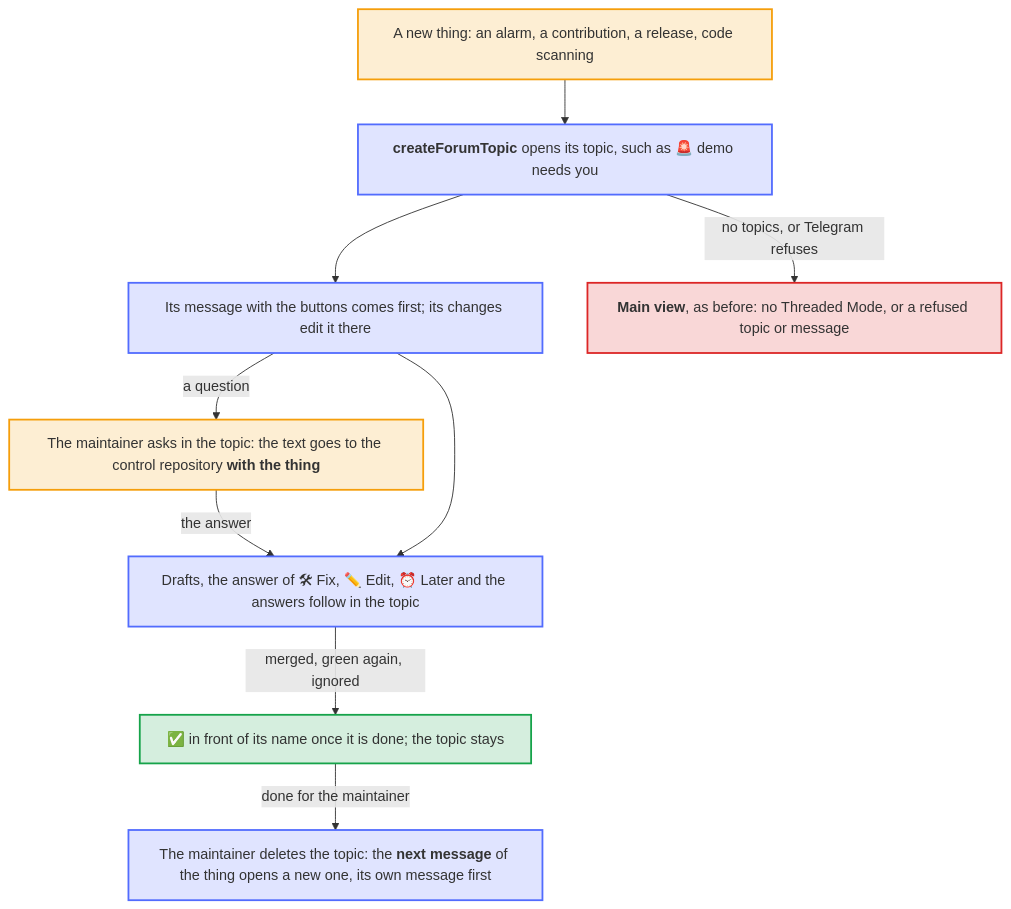
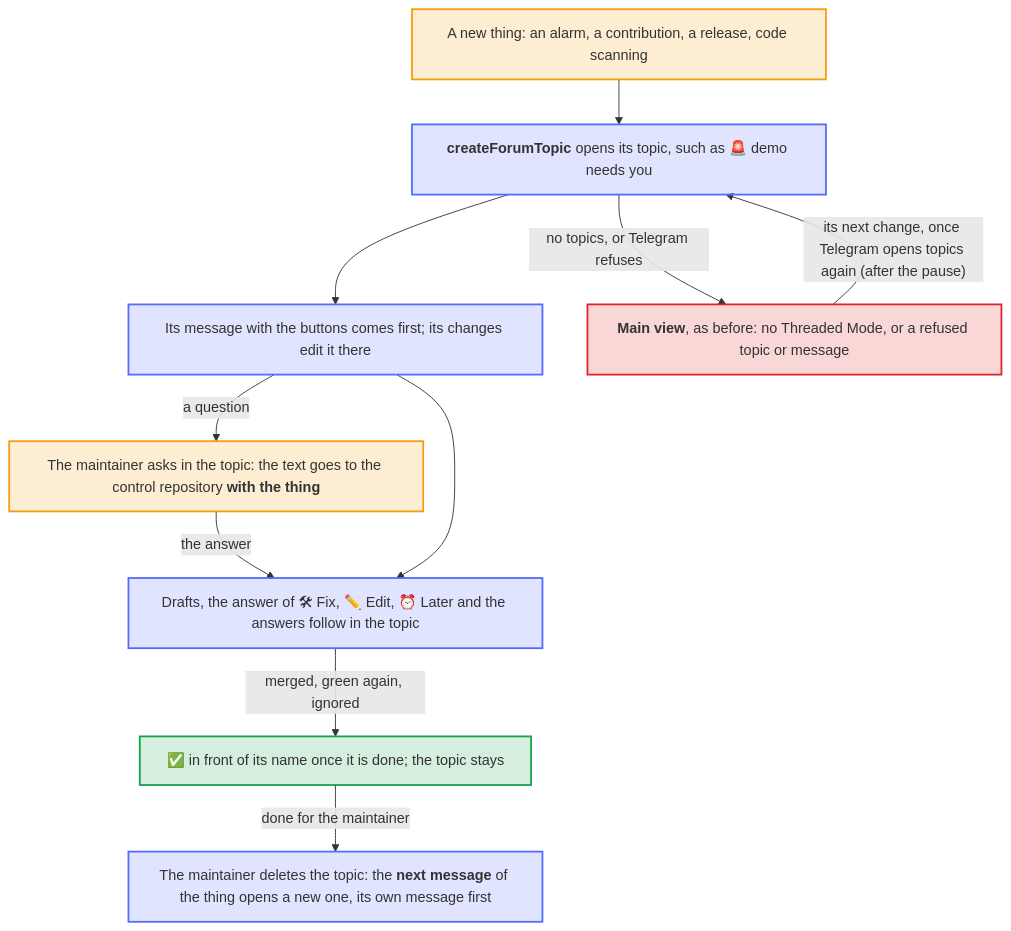
Before and after one commit to Dennis-Otto/dennis-otto-pager: the diagram in docs/diagrams/a-topic-per-thing.mmd, drawn with Mermaid. The commit also changed 19 other files, not shown here.

First line of the commit message:
fix: the message of a failing workflow lands in its own topic (#145)

```diff
--- a/docs/diagrams/a-topic-per-thing.mmd
+++ b/docs/diagrams/a-topic-per-thing.mmd
@@ -1,35 +1,36 @@
 ---
 config:
   flowchart:
     wrappingWidth: 400
 ---
 flowchart TB
     accTitle: A topic per thing
-    accDescr: A new thing, such as an alarm, a contribution or a release, opens a topic of its own in the chat, named after its repository and what it is. Its message with the buttons comes first, and its changes edit it there. Its drafts, the answer of Fix, the prompt of Edit, what Later brings back and the answers to what the maintainer asks in the topic follow in it; their question goes to the control repository together with the thing. Once the thing is done, its topic gets a check mark in front of its name and stays. When the maintainer deletes the topic, the next message of the thing opens a new one, with the thing's own message first. Without Threaded Mode, or when Telegram refuses the topic or a message in it, the thing goes on in the main view, as before.
+    accDescr: A new thing, such as an alarm, a contribution or a release, opens a topic of its own in the chat, named after its repository and what it is. Its message with the buttons comes first, and its changes edit it there. Its drafts, the answer of Fix, the prompt of Edit, what Later brings back and the answers to what the maintainer asks in the topic follow in it; their question goes to the control repository together with the thing. Once the thing is done, its topic gets a check mark in front of its name and stays. When the maintainer deletes the topic, the next message of the thing opens a new one, with the thing's own message first. Without Threaded Mode, or when Telegram refuses the topic or a message in it, the thing goes on in the main view, as before. A refused topic pauses new topics for an hour, doubling up to four hours, and once the pause is over, the next change of an open thing moves it quietly into its own new topic.
 
     thing["A new thing: an alarm, a contribution, a release, code scanning"]
     open["`**createForumTopic** opens its topic, such as 🚨 demo needs you`"]
     first["`Its message with the buttons comes first; its changes edit it there`"]
     ask["`The maintainer asks in the topic: the text goes to the control repository **with the thing**`"]
     more["`Drafts, the answer of 🛠 Fix, ✏️ Edit, ⏰ Later and the answers follow in the topic`"]
     done["`**✅** in front of its name once it is done; the topic stays`"]
     gone["`The maintainer deletes the topic: the **next message** of the thing opens a new one, its own message first`"]
     main["`**Main view**, as before: no Threaded Mode, or a refused topic or message`"]
 
     thing --> open
     open --> first
     first -- "a question" --> ask
     ask -- "the answer" --> more
     first --> more
     more -- "merged, green again, ignored" --> done
     done -- "done for the maintainer" --> gone
     open -- "no topics, or Telegram refuses" --> main
+    main -- "its next change, once Telegram opens topics again (after the pause)" --> open
 
     classDef you fill:#f59e0b2e,stroke:#f59e0b,stroke-width:2px
     classDef bot fill:#526cfe2e,stroke:#526cfe,stroke-width:2px
     classDef done fill:#16a34a2e,stroke:#16a34a,stroke-width:2px
     classDef warn fill:#dc26262e,stroke:#dc2626,stroke-width:2px
     class thing,ask you
     class open,first,more,gone bot
     class done done
     class main warn
```
